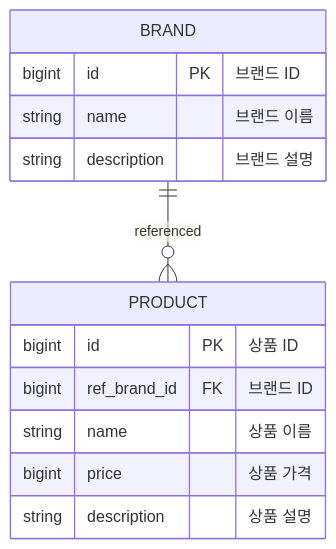
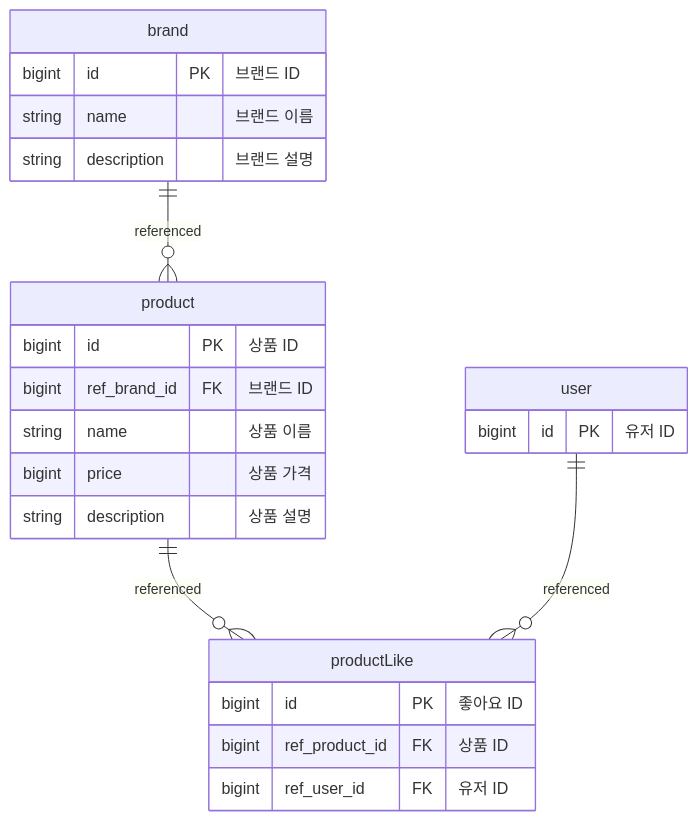
One commit to Roopers-Team-6/hainho changed the diagram in docs/design/04-erd.md. Above: the diagram before and after it, drawn with Mermaid.

Commit message:
docs: 상품 좋아요 등록 기능 관련된 내용 ER 다이어그램에 반영

````diff
--- a/docs/design/04-erd.md
+++ b/docs/design/04-erd.md
@@ -1,18 +1,30 @@
 ```mermaid
 erDiagram
-    PRODUCT {
+    product {
         bigint id PK "상품 ID"
         bigint ref_brand_id FK "브랜드 ID"
         string name "상품 이름"
         bigint price "상품 가격"
         string description "상품 설명"
     }
 
-    BRAND {
+    productLike {
+        bigint id PK "좋아요 ID"
+        bigint ref_product_id FK "상품 ID"
+        bigint ref_user_id FK "유저 ID"
+    }
+
+    brand {
         bigint id PK "브랜드 ID"
         string name "브랜드 이름"
         string description "브랜드 설명"
     }
 
-    BRAND ||--o{ PRODUCT: "referenced"
+    user {
+        bigint id PK "유저 ID"
+    }
+
+    brand ||--o{ product: "referenced"
+    product ||--o{ productLike: "referenced"
+    user ||--o{ productLike: "referenced"
 ```
````
